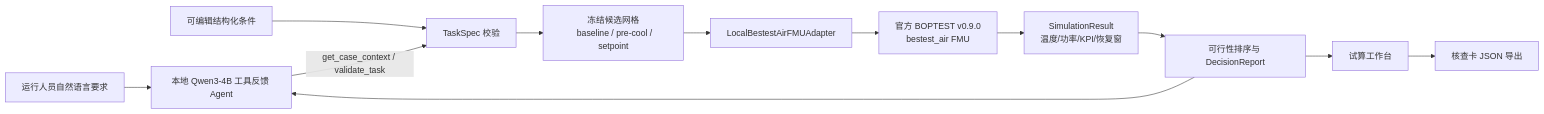
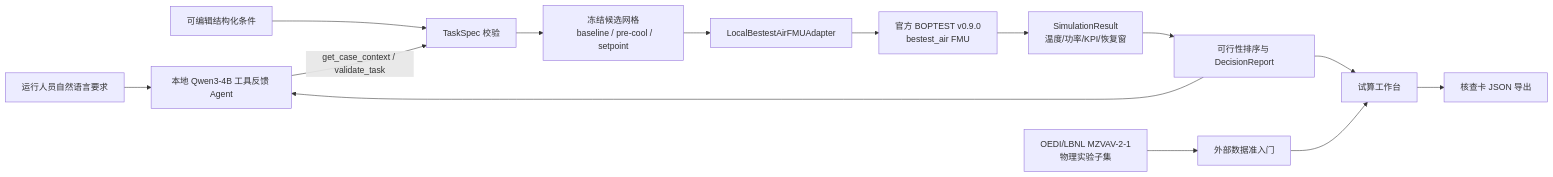
Before and after one commit to tingfengy2000-creator/nengzhihe: the diagram in operation_planning/docs/architecture.md, drawn with Mermaid. The commit also changed other lines of this file and 103 other files, not shown here.

````diff
--- a/operation_planning/docs/architecture.md
+++ b/operation_planning/docs/architecture.md
@@ -3,17 +3,20 @@
 ```mermaid
 flowchart LR
   U[运行人员自然语言要求] --> A[本地 Qwen3-4B 工具反馈 Agent]
   F[可编辑结构化条件] --> V[TaskSpec 校验]
   A -->|get_case_context / validate_task| V
   V --> S[冻结候选网格
   baseline / pre-cool / setpoint]
   S --> E[LocalBestestAirFMUAdapter]
   E --> M[官方 BOPTEST v0.9.0
   bestest_air FMU]
   M --> R[SimulationResult
   温度/功率/KPI/恢复窗]
   R --> D[可行性排序与 DecisionReport]
   D --> A
   D --> W[试算工作台]
   W --> X[核查卡 JSON 导出]
+  P[OEDI/LBNL MZVAV-2-1
+  物理实验子集] --> G[外部数据准入门]
+  G --> W
 ```
````
